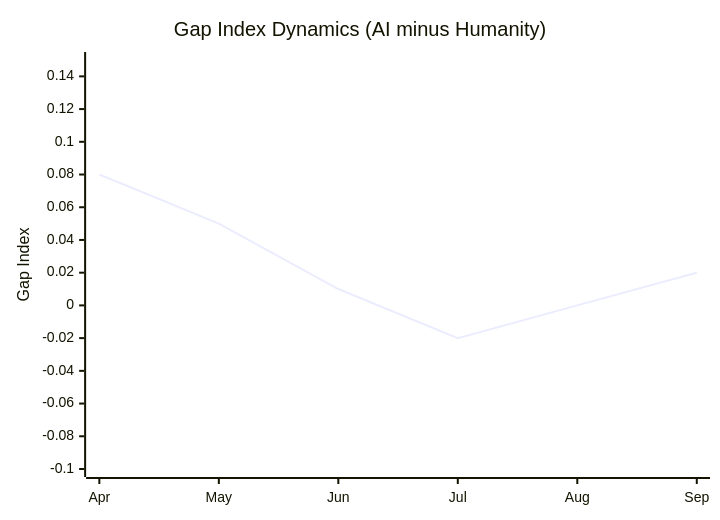
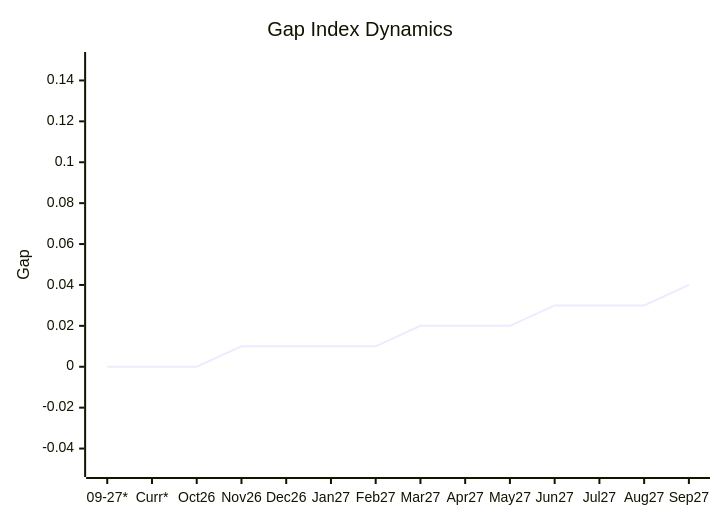
The second of 2 diagrams in README.md (VQQLK/Human-AI-Monitor), drawn with Mermaid before and after one commit. The commit also changed other lines of this file and 2 other files, not shown here.

First line of the commit message:
fix(docs): base Mermaid charts on actual data from last 2 protocols

````diff
--- a/README.md
+++ b/README.md
@@ -28,7 +42,7 @@
 ```mermaid
 xychart-beta
-    title "Gap Index Dynamics (AI minus Humanity)"
-    x-axis ["Apr", "May", "Jun", "Jul", "Aug", "Sep"]
-    y-axis "Gap Index" -0.10 --> 0.15
-    line [0.08, 0.05, 0.01, -0.02, 0.00, 0.02]
+    title "Gap Index Dynamics"
+    x-axis ["09-27*", "Curr*", "Oct26", "Nov26", "Dec26", "Jan27", "Feb27", "Mar27", "Apr27", "May27", "Jun27", "Jul27", "Aug27", "Sep27"]
+    y-axis "Gap" -0.05 --> 0.15
+    line [0.0, 0.0, 0.0, 0.01, 0.01, 0.01, 0.01, 0.02, 0.02, 0.02, 0.03, 0.03, 0.03, 0.04]
 ```
````
